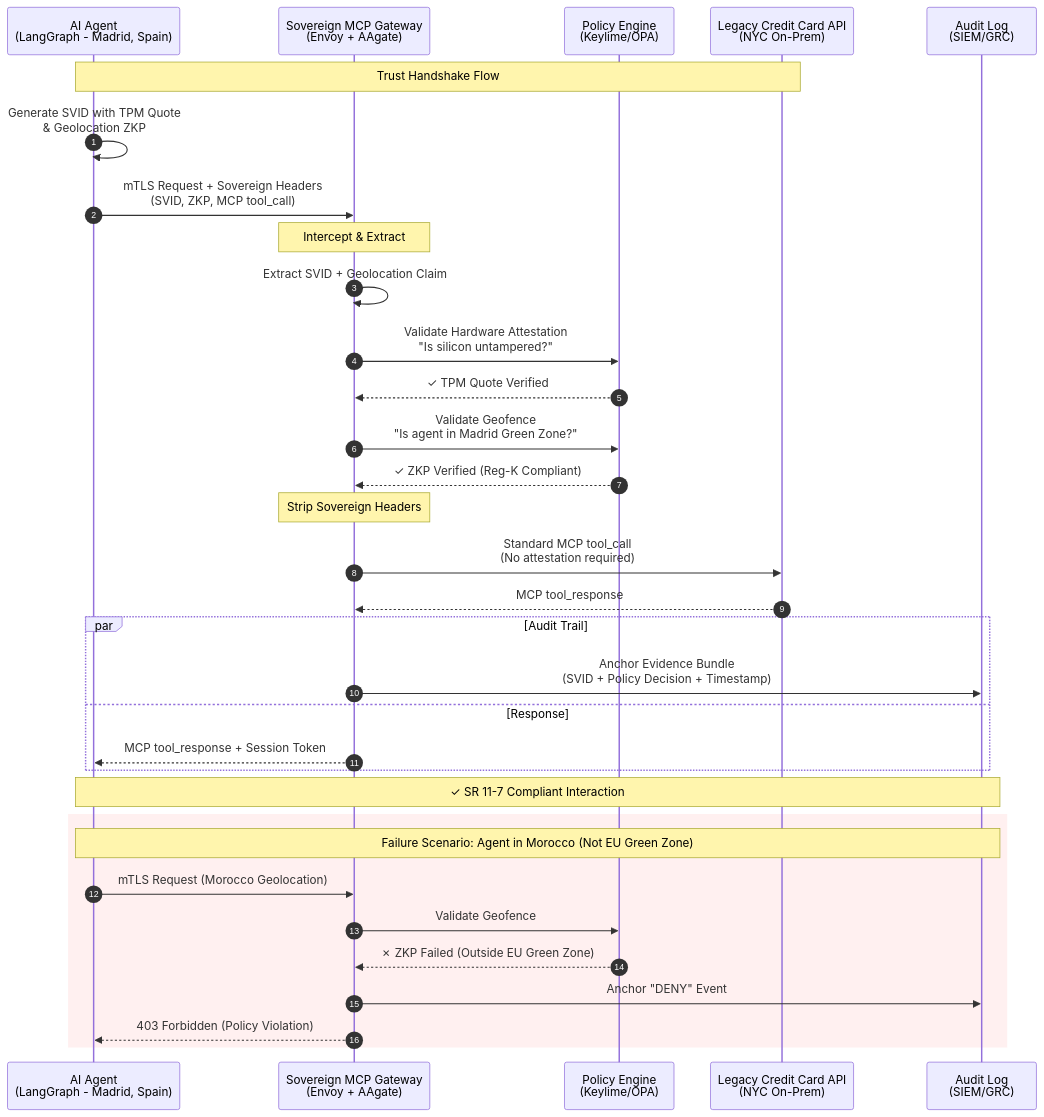
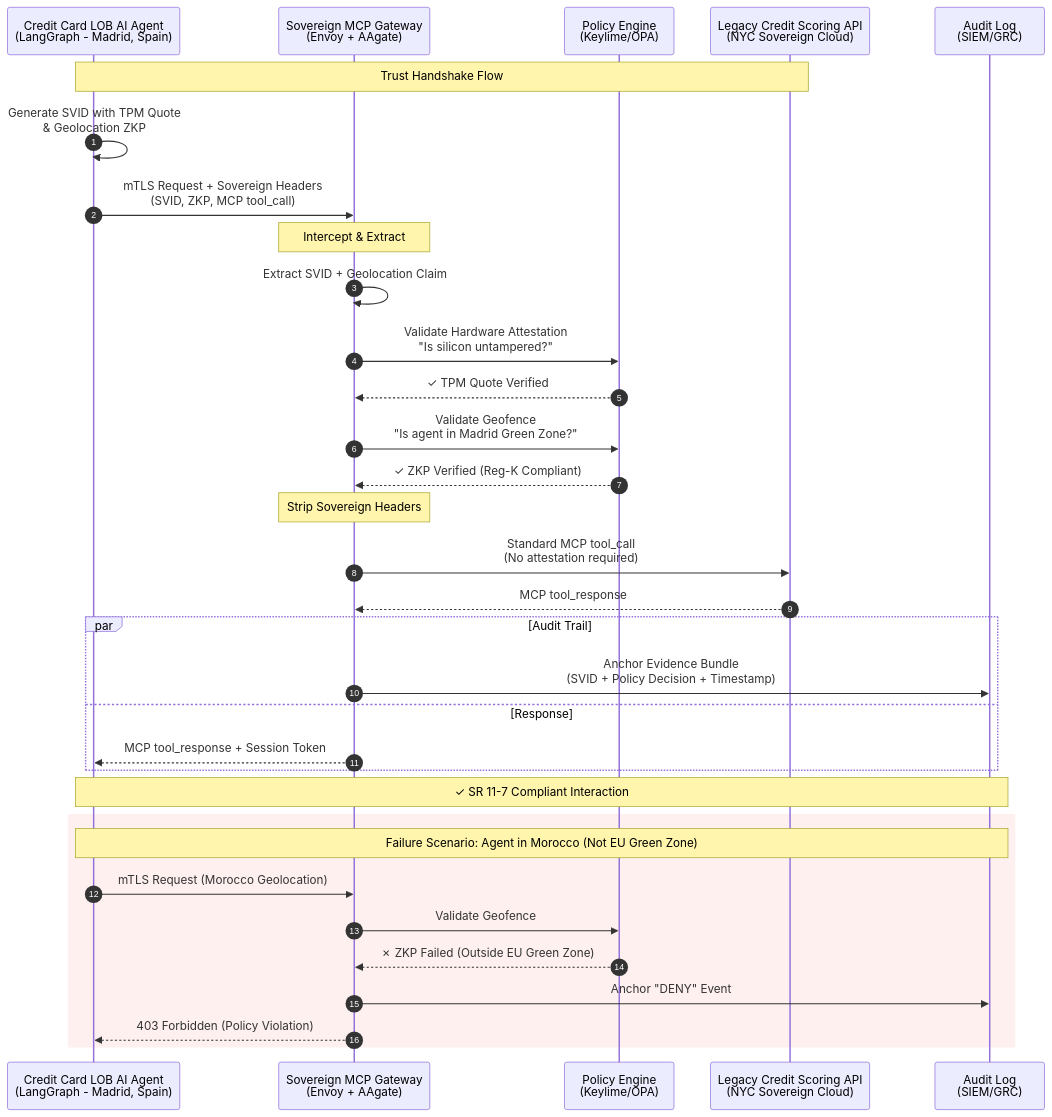
One commit to lfedgeai/AegisSovereignAI changed the diagram in hybrid-cloud-poc/README.md. Above: the diagram before and after it, drawn with Mermaid. The commit also changed other lines of this file, not shown here.

First line of the commit message:
docs: comprehensive hybrid-cloud-poc README updates

````diff
--- a/hybrid-cloud-poc/README.md
+++ b/hybrid-cloud-poc/README.md
@@ -126,44 +125,44 @@
 ```mermaid
 sequenceDiagram
     autonumber
-    participant Agent as AI Agent<br/>(LangGraph - Madrid, Spain)
+    participant Agent as Credit Card LOB AI Agent<br/>(LangGraph - Madrid, Spain)
     participant Gateway as Sovereign MCP Gateway<br/>(Envoy + AAgate)
     participant Policy as Policy Engine<br/>(Keylime/OPA)
-    participant Legacy as Legacy Credit Card API<br/>(NYC On-Prem)
+    participant Legacy as Legacy Credit Scoring API<br/>(NYC Sovereign Cloud)
     participant Audit as Audit Log<br/>(SIEM/GRC)
 
     Note over Agent,Legacy: Trust Handshake Flow
     
     Agent->>Agent: Generate SVID with TPM Quote<br/>& Geolocation ZKP
     Agent->>Gateway: mTLS Request + Sovereign Headers<br/>(SVID, ZKP, MCP tool_call)
     
     Note over Gateway: Intercept & Extract
     Gateway->>Gateway: Extract SVID + Geolocation Claim
     
     Gateway->>Policy: Validate Hardware Attestation<br/>"Is silicon untampered?"
     Policy-->>Gateway: ✓ TPM Quote Verified
     
     Gateway->>Policy: Validate Geofence<br/>"Is agent in Madrid Green Zone?"
     Policy-->>Gateway: ✓ ZKP Verified (Reg-K Compliant)
     
     Note over Gateway: Strip Sovereign Headers
     Gateway->>Legacy: Standard MCP tool_call<br/>(No attestation required)
     Legacy-->>Gateway: MCP tool_response
     
     par Audit Trail
         Gateway->>Audit: Anchor Evidence Bundle<br/>(SVID + Policy Decision + Timestamp)
     and Response
         Gateway-->>Agent: MCP tool_response + Session Token
     end
     
     Note over Agent,Audit: ✓ SR 11-7 Compliant Interaction
 
     rect rgb(255, 240, 240)
         Note over Agent,Audit: Failure Scenario: Agent in Morocco (Not EU Green Zone)
         Agent->>Gateway: mTLS Request (Morocco Geolocation)
         Gateway->>Policy: Validate Geofence
         Policy-->>Gateway: ✗ ZKP Failed (Outside EU Green Zone)
         Gateway->>Audit: Anchor "DENY" Event
         Gateway-->>Agent: 403 Forbidden (Policy Violation)
     end
 ```
````
